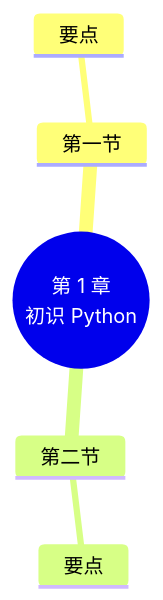
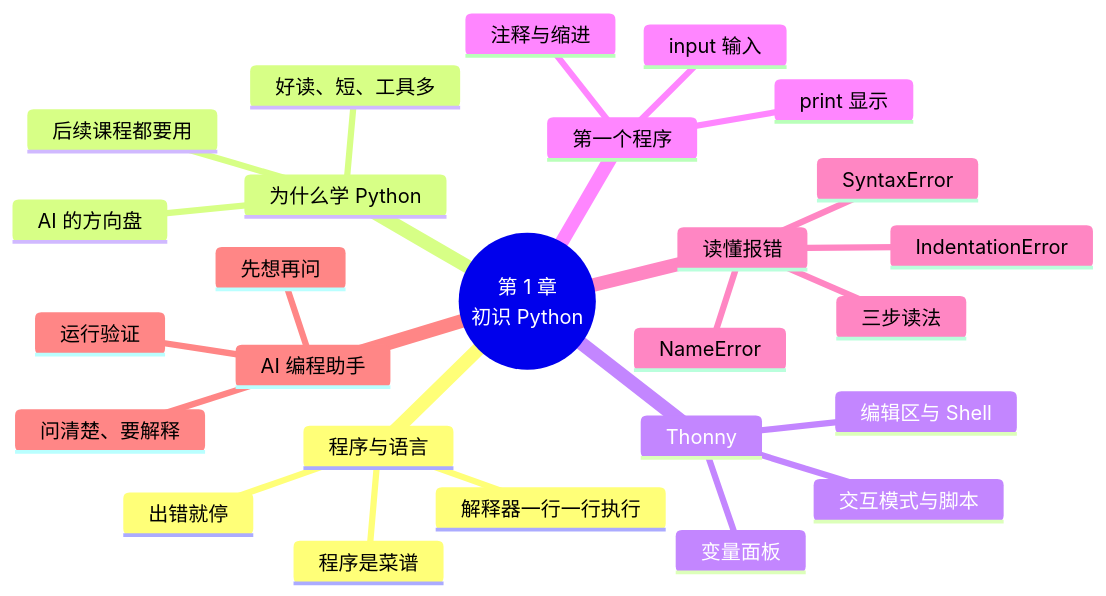
The diagram in docs/chapters/01-getting-started/index.md (MingziFu9/python-programming), drawn with Mermaid before and after one commit. The commit also changed other lines of this file and 27 other files, not shown here.

````diff
--- a/docs/chapters/01-getting-started/index.md
+++ b/docs/chapters/01-getting-started/index.md
@@ -188,8 +654,29 @@
 ```mermaid
 mindmap
   root((第 1 章<br/>初识 Python))
-    第一节
-      要点
-    第二节
-      要点
+    程序与语言
+      程序是菜谱
+      解释器一行一行执行
+      出错就停
+    为什么学 Python
+      好读、短、工具多
+      AI 的方向盘
+      后续课程都要用
+    Thonny
+      编辑区与 Shell
+      变量面板
+      交互模式与脚本
+    第一个程序
+      print 显示
+      input 输入
+      注释与缩进
+    读懂报错
+      三步读法
+      SyntaxError
+      NameError
+      IndentationError
+    AI 编程助手
+      先想再问
+      问清楚、要解释
+      运行验证
 ```
````
